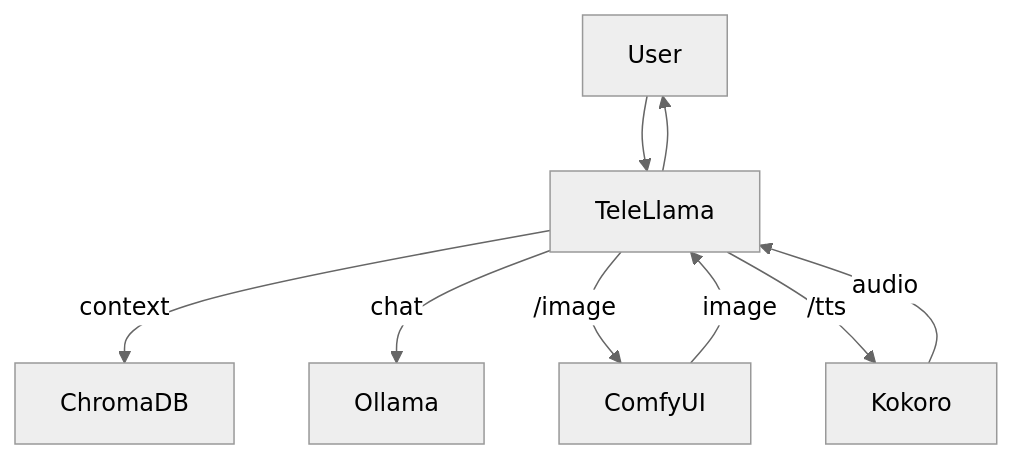
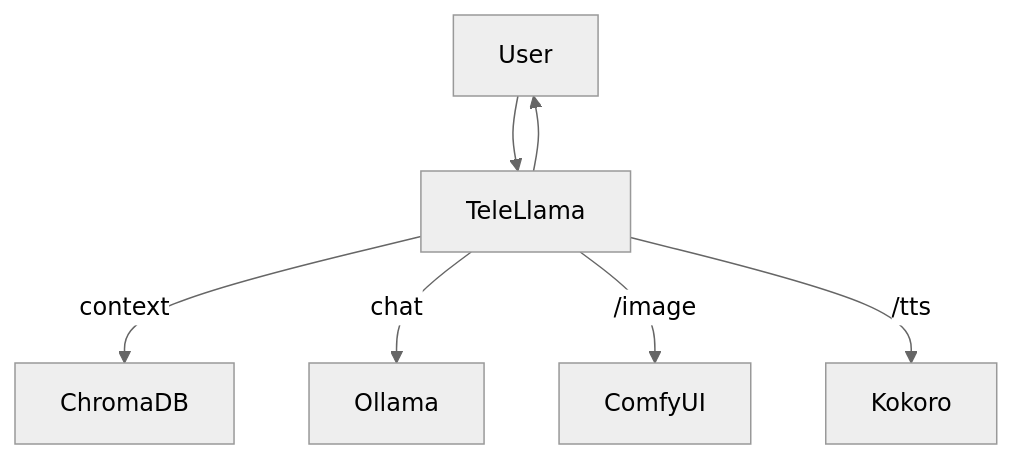
One commit to adnjoo/PrivateGPT changed the diagram in README.md. Above: the diagram before and after it, drawn with Mermaid (neutral theme).

````diff
--- a/README.md
+++ b/README.md
@@ -56,11 +56,9 @@
 ```mermaid
 flowchart TD
     User["User"] --> Bot["TeleLlama"]
     Bot -- "context" --> ChromaDB
     Bot -- "chat" --> Ollama
     Bot -- "/image" --> ComfyUI
-    ComfyUI -- "image" --> Bot
     Bot -- "/tts" --> Kokoro
-    Kokoro -- "audio" --> Bot
     Bot --> User
 ```
````
